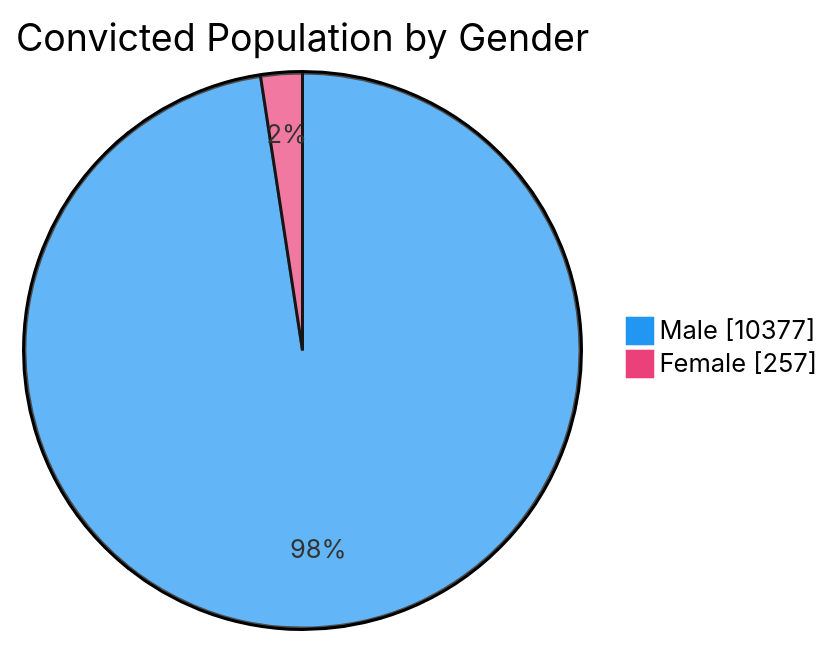
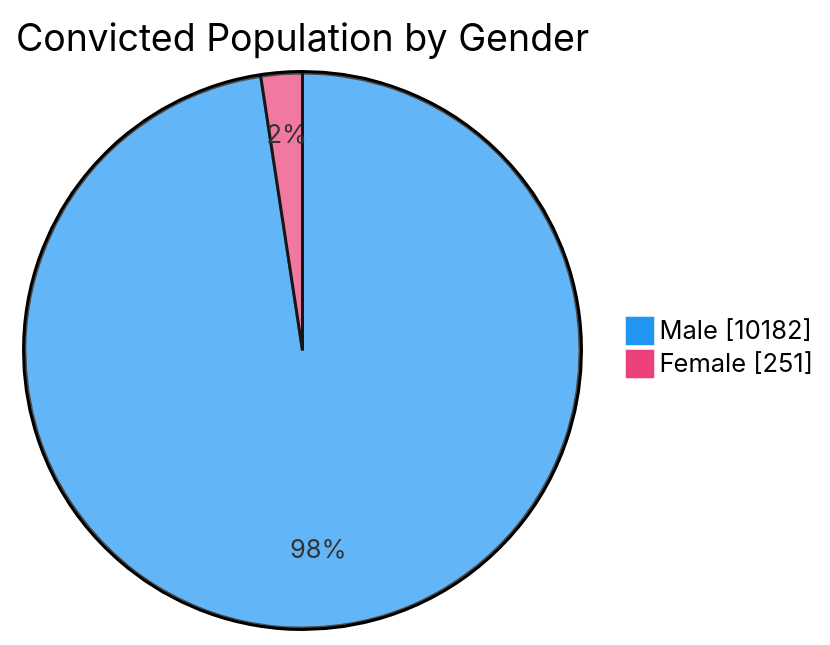
One commit to nuuuwan/lk_prisons changed the third of 7 diagrams in README.md. Above: the diagram before and after it, drawn with Mermaid. The commit also changed other lines of this file and 1 other file, not shown here.

````diff
--- a/README.md
+++ b/README.md
@@ -65,6 +65,6 @@
 ```mermaid
 %%{init: {'themeVariables': {'pie1': '#2196F3', 'pie2': '#EC407A'}}}%%
 pie showData title Convicted Population by Gender
-    "Male" : 10377
-    "Female" : 257
+    "Male" : 10182
+    "Female" : 251
 ```
````
